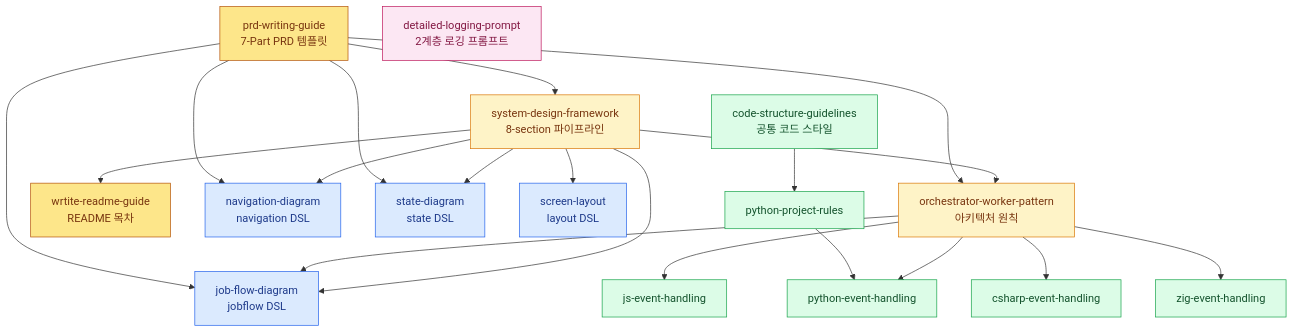
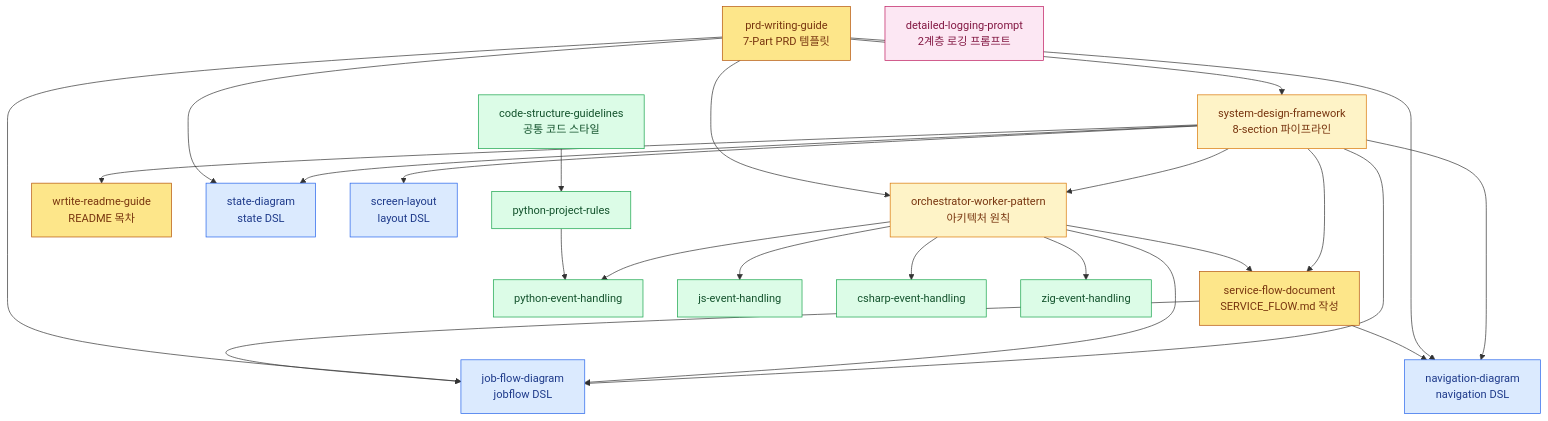
One commit to ryujt/project-guides changed the diagram in README.md. Above: the diagram before and after it, drawn with Mermaid. The commit also changed other lines of this file and 1 other file, not shown here.

Commit message:
docs: add service flow document guide

````diff
--- a/README.md
+++ b/README.md
@@ -78,42 +80,47 @@
 ```mermaid
 flowchart TB
     SDF["system-design-framework<br/>8-section 파이프라인"]:::core
     OWP["orchestrator-worker-pattern<br/>아키텍처 원칙"]:::core
     PRD["prd-writing-guide<br/>7-Part PRD 템플릿"]:::spec
     README["wrtite-readme-guide<br/>README 목차"]:::spec
+    SFD["service-flow-document<br/>SERVICE_FLOW.md 작성"]:::spec
 
     JFD["job-flow-diagram<br/>jobflow DSL"]:::dsl
     NAV["navigation-diagram<br/>navigation DSL"]:::dsl
     STT["state-diagram<br/>state DSL"]:::dsl
     LAY["screen-layout<br/>layout DSL"]:::dsl
 
     CSG["code-structure-guidelines<br/>공통 코드 스타일"]:::impl
     PPR["python-project-rules"]:::impl
     PY["python-event-handling"]:::impl
     JS["js-event-handling"]:::impl
     CS["csharp-event-handling"]:::impl
     ZIG["zig-event-handling"]:::impl
 
     LOG["detailed-logging-prompt<br/>2계층 로깅 프롬프트"]:::ops
 
     SDF --> JFD & NAV & STT & LAY
     SDF --> OWP
     SDF --> README
+    SDF --> SFD
     OWP --> JFD
+    OWP --> SFD
     OWP --> PY & JS & CS & ZIG
 
     PRD --> SDF
     PRD --> OWP
     PRD --> JFD
     PRD --> NAV
     PRD --> STT
+    SFD --> JFD
+    SFD --> NAV
 
     CSG --> PPR
     PPR --> PY
 
     classDef core fill:#fef3c7,stroke:#d97706,color:#78350f
     classDef spec fill:#fde68a,stroke:#b45309,color:#78350f
     classDef dsl fill:#dbeafe,stroke:#2563eb,color:#1e3a8a
     classDef impl fill:#dcfce7,stroke:#16a34a,color:#14532d
     classDef ops fill:#fce7f3,stroke:#be185d,color:#831843
 ```
````
